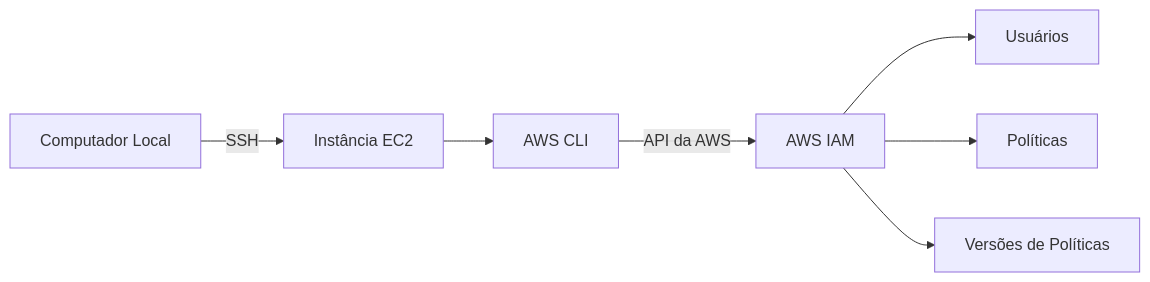
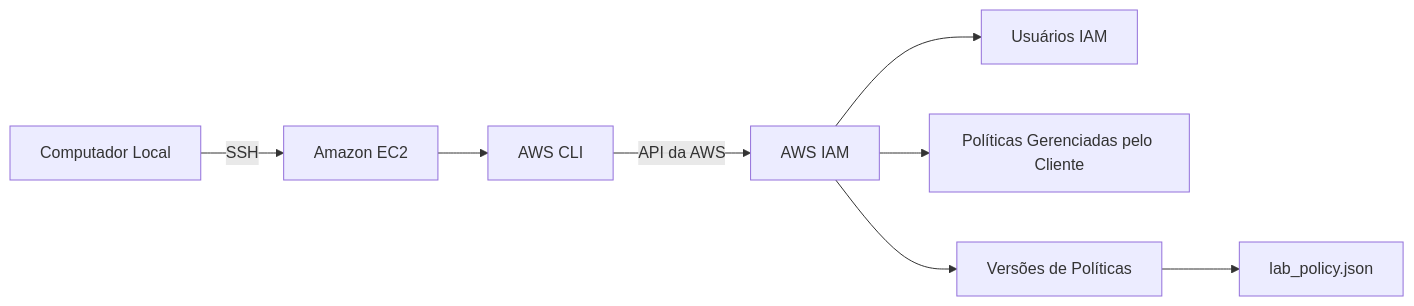
One commit to laisrdrgs/cloud-labs changed the third of 4 diagrams in 04-cli-install-config/README.md. Above: the diagram before and after it, drawn with Mermaid. The commit also changed other lines of this file, not shown here.

First line of the commit message:
Revise README for AWS CLI lab clarity

````diff
--- a/04-cli-install-config/README.md
+++ b/04-cli-install-config/README.md
@@ -218,10 +229,16 @@
 ```mermaid
 flowchart LR
-    A["Computador Local"] -->|SSH| B["Instância EC2"]
-    B --> C["AWS CLI"]
-    C -->|"API da AWS"| D["AWS IAM"]
+    USER["Computador Local"]
 
-    D --> E["Usuários"]
-    D --> F["Políticas"]
-    D --> G["Versões de Políticas"]
+    USER -->|"SSH"| EC2["Amazon EC2"]
+
+    EC2 --> CLI["AWS CLI"]
+
+    CLI -->|"API da AWS"| IAM["AWS IAM"]
+
+    IAM --> USERS["Usuários IAM"]
+    IAM --> POLICIES["Políticas Gerenciadas pelo Cliente"]
+    IAM --> VERSIONS["Versões de Políticas"]
+
+    VERSIONS --> JSON["lab_policy.json"]
 ```
````
